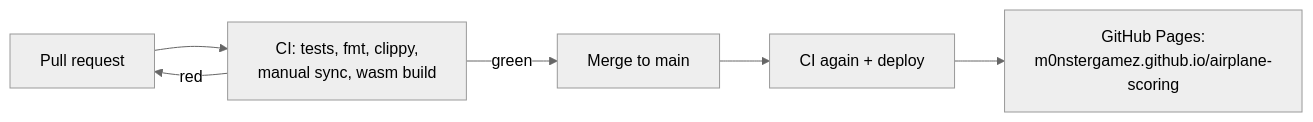
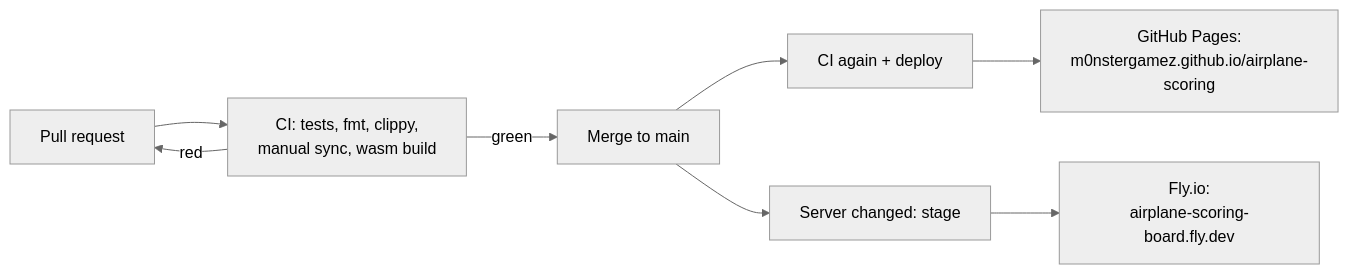
Before and after one commit to m0nstergamez/airplane-scoring: the second of 2 diagrams in docs/README.md, drawn with Mermaid (neutral theme). The commit also changed other lines of this file and 10 other files, not shown here.

First line of the commit message:
Run the leaderboard stage in CI and deploy the server to Fly.io

````diff
--- a/docs/README.md
+++ b/docs/README.md
@@ -972,6 +985,7 @@
 ```mermaid
 flowchart LR
     PR["Pull request"] --> CI["CI: tests, fmt, clippy,<br/>manual sync, wasm build"]
     CI -- red --> PR
     CI -- green --> M["Merge to main"] --> CD["CI again + deploy"] --> P["GitHub Pages:<br/>m0nstergamez.github.io/airplane-scoring"]
+    M --> ST["Server changed: stage"] --> F["Fly.io:<br/>airplane-scoring-board.fly.dev"]
 ```
````
